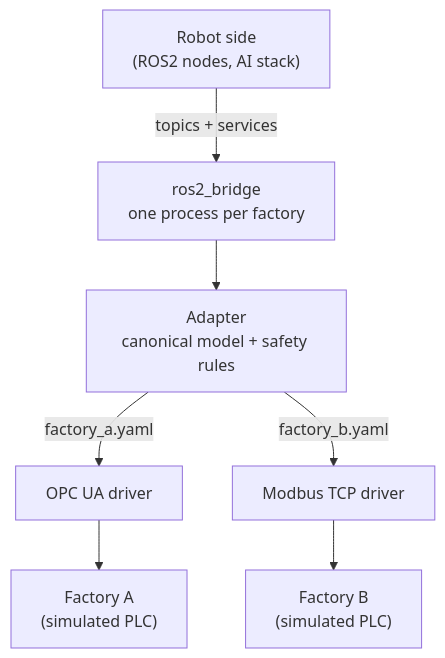
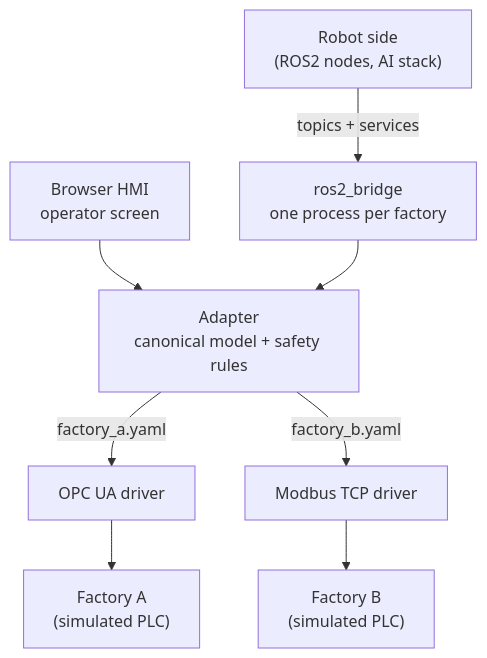
One commit to diogofsdias/robot-factory-bridge changed the diagram in README.md. Above: the diagram before and after it, drawn with Mermaid. The commit also changed other lines of this file and 27 other files, not shown here.

Commit message:
Add browser HMI, release flow with rollback, Docker files

````diff
--- a/README.md
+++ b/README.md
@@ -11,9 +12,10 @@
 ```mermaid
 flowchart TB
     R["Robot side<br/>(ROS2 nodes, AI stack)"] -->|"topics + services"| B["ros2_bridge<br/>one process per factory"]
+    H["Browser HMI<br/>operator screen"] --> A
     B --> A["Adapter<br/>canonical model + safety rules"]
     A -->|"factory_a.yaml"| D1["OPC UA driver"]
     A -->|"factory_b.yaml"| D2["Modbus TCP driver"]
     D1 --> F1["Factory A<br/>(simulated PLC)"]
     D2 --> F2["Factory B<br/>(simulated PLC)"]
 ```
````
